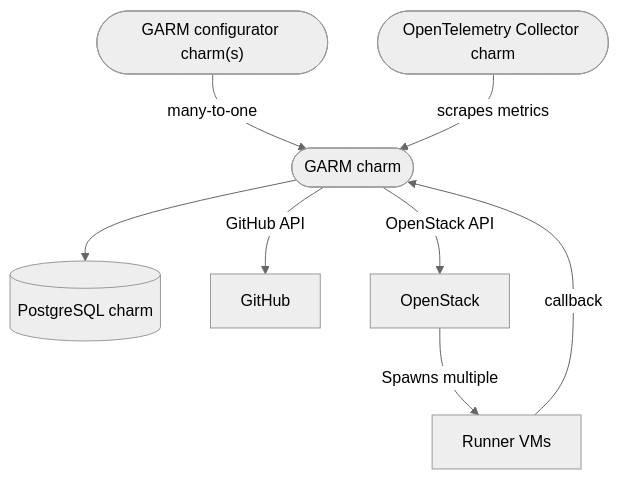
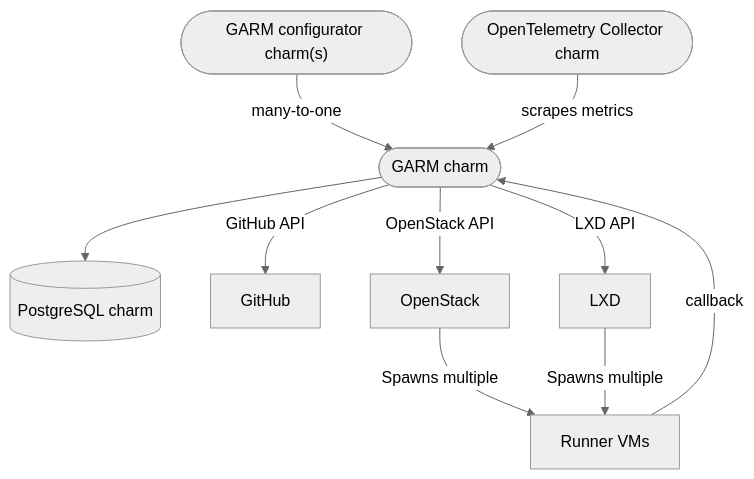
One commit to canonical/github-runner-operators changed the diagram in docs/reference/architecture.md. Above: the diagram before and after it, drawn with Mermaid (neutral theme). The commit also changed other lines of this file and 9 other files, not shown here.

````diff
--- a/docs/reference/architecture.md
+++ b/docs/reference/architecture.md
@@ -15,10 +15,12 @@
 ```mermaid
 flowchart TD
   G(["GARM charm"]) --> PG[("PostgreSQL charm")]
   GC(["GARM configurator charm(s)"]) -->|many-to-one| G
   G -->|GitHub API| GH["GitHub"]
   G -->|OpenStack API| OS["OpenStack"]
+  G -->|LXD API| LXD["LXD"]
   OS -->|Spawns multiple| RUN["Runner VMs"]
+  LXD -->|Spawns multiple| RUN
   RUN -->|callback| G
   COS(["OpenTelemetry Collector charm"]) -->|scrapes metrics| G
 ```
````
